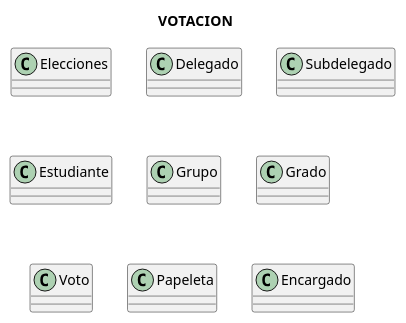
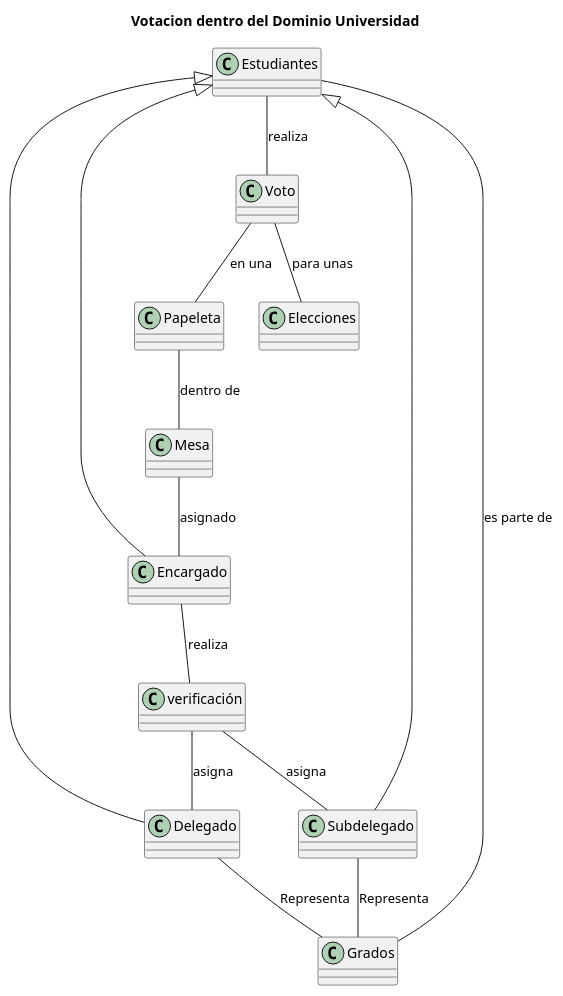
The diagram in entregas/CruzBabbarNatalia/1) Sistema de Votacion de delegados en Universidad/DiagramaClases.plantuml (mmasias/24-25-IdSw1), drawn with PlantUML before and after one commit. The commit also changed 8 other files, not shown here.

```diff
--- a/entregas/CruzBabbarNatalia/1) Sistema de Votacion de delegados en Universidad/DiagramaClases.plantuml
+++ b/entregas/CruzBabbarNatalia/1) Sistema de Votacion de delegados en Universidad/DiagramaClases.plantuml
@@ -1,15 +1,35 @@
 @startuml DiagramaClasesVotacion
-title VOTACION
+title Votacion dentro del Dominio Universidad
 
 class Elecciones
 class Delegado
 class Subdelegado
-class Estudiante
-class Grupo
-class Grado
+class Estudiantes
+class Grados
 class Voto
 class Papeleta
 class Encargado
+class Mesa
+class verificación
 
 
+Estudiantes -down- Grados : es parte de
+
+Delegado -up-|> Estudiantes 
+Subdelegado -up-|> Estudiantes
+Encargado -up-|> Estudiantes
+
+Estudiantes -- Voto : realiza
+Voto -- Papeleta : en una
+Voto -- Elecciones : para unas
+Papeleta -- Mesa : dentro de 
+Mesa -- Encargado: asignado
+Encargado -- verificación: realiza 
+verificación -- Delegado: asigna
+verificación -- Subdelegado: asigna
+
+
+Subdelegado -- Grados: Representa
+Delegado -- Grados: Representa
+
 @enduml
```
